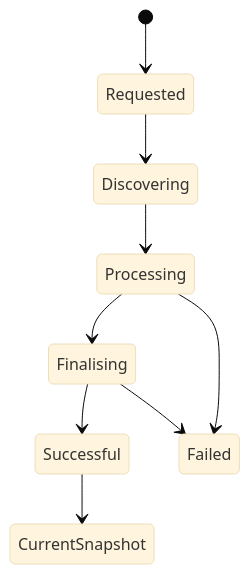
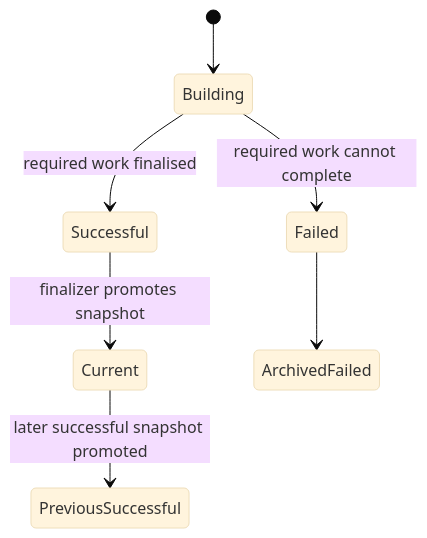
One commit to vikascohen/Salesforce-ER-Modeller-Studio changed the eighth of 8 diagrams in docs/ARCHITECTURE.md. Above: the diagram before and after it, drawn with Mermaid (base theme). The commit also changed other lines of this file, not shown here.

Commit message:
Consolidate V3 architecture documentation

````diff
--- a/docs/ARCHITECTURE.md
+++ b/docs/ARCHITECTURE.md
@@ -184,11 +328,9 @@
 ```mermaid
 stateDiagram-v2
-    [*] --> Requested
-    Requested --> Discovering
-    Discovering --> Processing
-    Processing --> Finalising
-    Finalising --> Successful
-    Processing --> Failed
-    Finalising --> Failed
-    Successful --> CurrentSnapshot
+    [*] --> Building
+    Building --> Successful: required work finalised
+    Building --> Failed: required work cannot complete
+    Successful --> Current: finalizer promotes snapshot
+    Failed --> ArchivedFailed
+    Current --> PreviousSuccessful: later successful snapshot promoted
 ```
````
